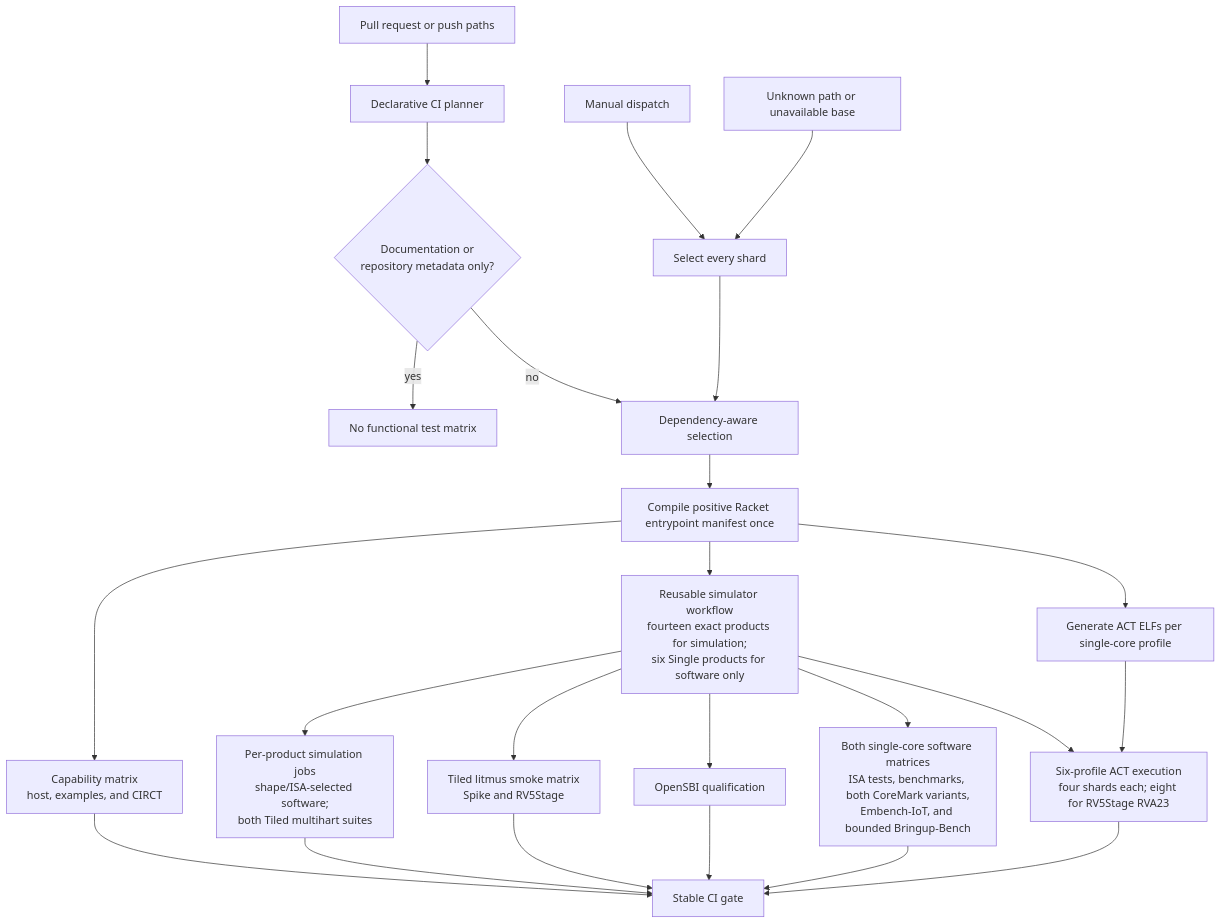
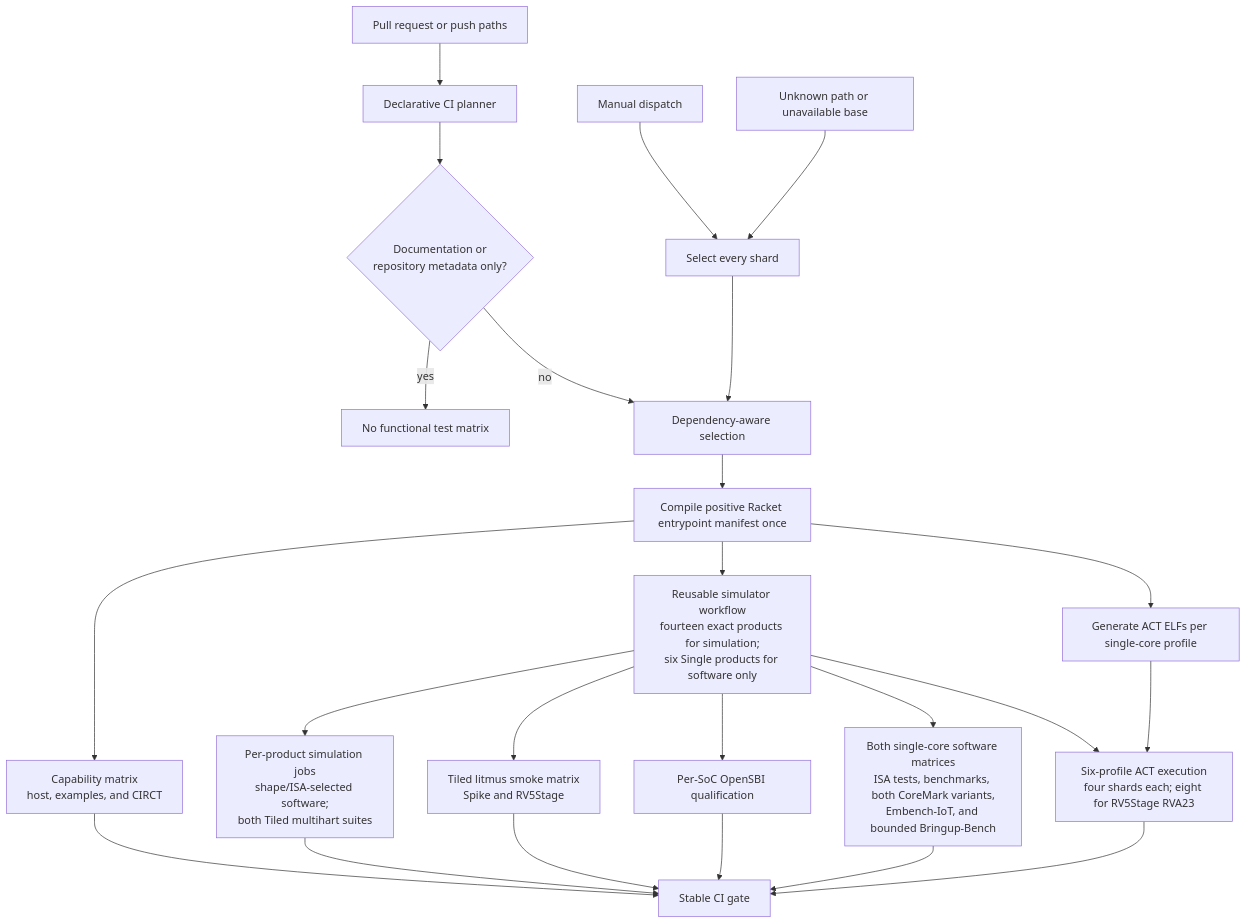
The diagram in tools/testing/DEVELOPING.md (jerryz123/rhodium), drawn with Mermaid before and after one commit. The commit also changed other lines of this file and 2 other files, not shown here.

````diff
--- a/tools/testing/DEVELOPING.md
+++ b/tools/testing/DEVELOPING.md
@@ -98,26 +98,26 @@
 ```mermaid
 flowchart TD
     Changes["Pull request or push paths"] --> Classifier["Declarative CI planner"]
     Manual["Manual dispatch"] --> All["Select every shard"]
     Unknown["Unknown path or unavailable base"] --> All
     Classifier --> Docs{"Documentation or<br/>repository metadata only?"}
     Docs -->|yes| None["No functional test matrix"]
     Docs -->|no| Selected["Dependency-aware selection"]
     All --> Selected
     Selected --> Compile["Compile positive Racket entrypoint manifest once"]
     Compile --> Checks["Capability matrix<br/>host, examples, and CIRCT"]
     Compile --> Simulators["Reusable simulator workflow<br/>fourteen exact products for simulation;<br/>six Single products for software only"]
     Simulators --> Simulation["Per-product simulation jobs<br/>shape/ISA-selected software;<br/>both Tiled multihart suites"]
     Simulators --> LitmusSmoke["Tiled litmus smoke matrix<br/>Spike and RV5Stage"]
-    Simulators --> Qualification["OpenSBI qualification"]
+    Simulators --> Qualification["Per-SoC OpenSBI qualification"]
     Simulators --> Programs["Both single-core software matrices<br/>ISA tests, benchmarks, both CoreMark variants,<br/>Embench-IoT, and bounded Bringup-Bench"]
     Compile --> ActBuild["Generate ACT ELFs per single-core profile"]
     Simulators --> ActRun["Six-profile ACT execution<br/>four shards each; eight for RV5Stage RVA23"]
     ActBuild --> ActRun
     Checks --> Gate["Stable CI gate"]
     Simulation --> Gate
     LitmusSmoke --> Gate
     Qualification --> Gate
     Programs --> Gate
     ActRun --> Gate
 ```
````
